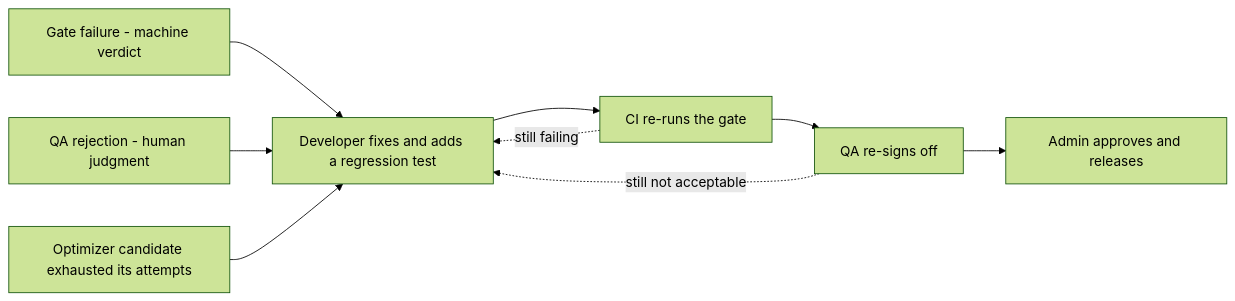
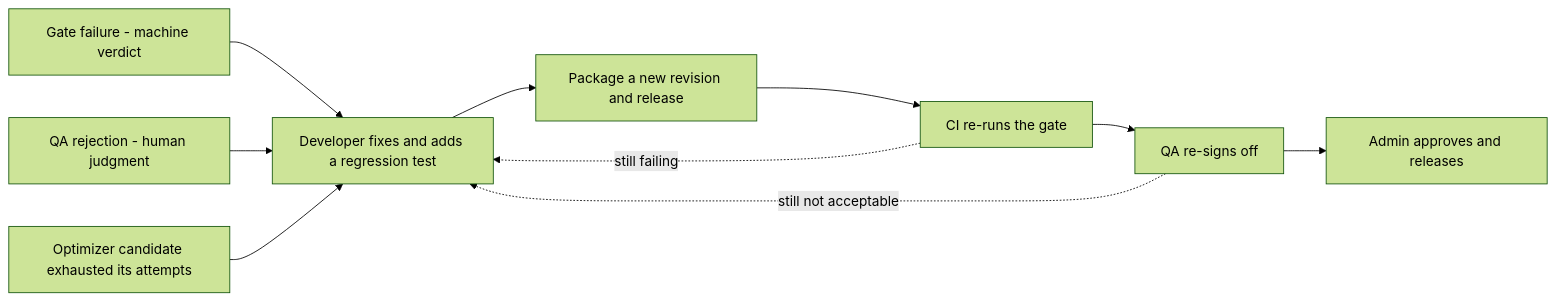
The fourth of 16 diagrams in docs/workspace-plan.md (rrahimi-uci/caliber-suite), drawn with Mermaid (forest theme) before and after one commit. The commit also changed other lines of this file, not shown here.

````diff
--- a/docs/workspace-plan.md
+++ b/docs/workspace-plan.md
@@ -598,11 +904,12 @@
 ```mermaid
 flowchart LR
   F1[Gate failure - machine verdict] --> D[Developer fixes and adds a regression test]
   F2[QA rejection - human judgment] --> D
   F3[Optimizer candidate exhausted its attempts] --> D
-  D --> G[CI re-runs the gate]
+  D --> P[Package a new revision and release]
+  P --> G[CI re-runs the gate]
   G --> Q[QA re-signs off]
   Q --> R[Admin approves and releases]
   G -.->|still failing| D
   Q -.->|still not acceptable| D
 ```
````
